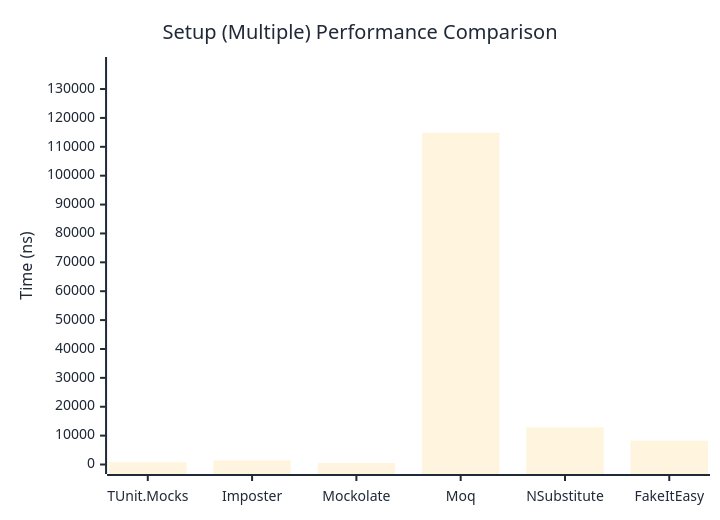
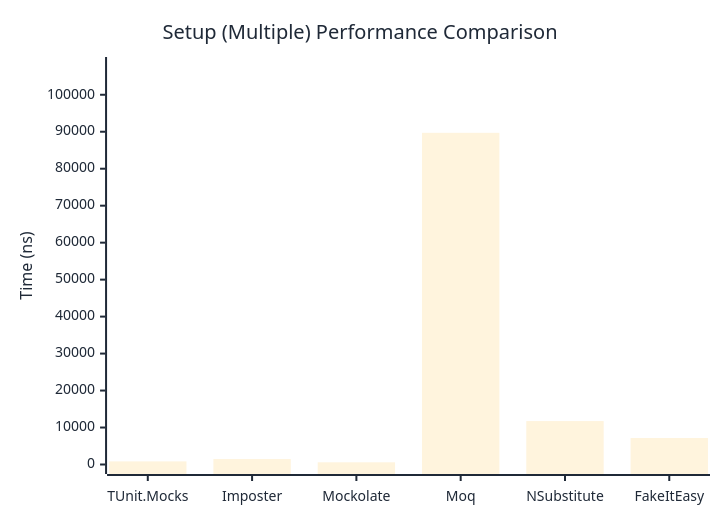
One commit to thomhurst/TUnit changed the second of 2 diagrams in docs/docs/benchmarks/mocks/Setup.md. Above: the diagram before and after it, drawn with Mermaid. The commit also changed other lines of this file and 14 other files, not shown here.

````diff
--- a/docs/docs/benchmarks/mocks/Setup.md
+++ b/docs/docs/benchmarks/mocks/Setup.md
@@ -71,27 +71,27 @@
 ```mermaid
 %%{init: {
   'theme':'base',
   'themeVariables': {
     'primaryColor': '#2563eb',
     'primaryTextColor': '#1f2937',
     'primaryBorderColor': '#1e40af',
     'lineColor': '#6b7280',
     'secondaryColor': '#7c3aed',
     'tertiaryColor': '#dc2626',
     'background': '#ffffff',
     'pie1': '#2563eb',
     'pie2': '#7c3aed',
     'pie3': '#dc2626',
     'pie4': '#f59e0b',
     'pie5': '#10b981',
     'pie6': '#06b6d4',
     'pie7': '#ec4899',
     'pie8': '#6366f1'
   }
 }}%%
 xychart-beta
   title "Setup (Multiple) Performance Comparison"
   x-axis ["TUnit.Mocks", "Imposter", "Mockolate", "Moq", "NSubstitute", "FakeItEasy"]
-  y-axis "Time (ns)" 0 --> 137804
-  bar [801.5, 1414.3, 554.8, 114836, 12917.8, 8231.9]
+  y-axis "Time (ns)" 0 --> 107643
+  bar [838.6, 1474.3, 592.4, 89702.4, 11747.4, 7167.6]
 ```
````
